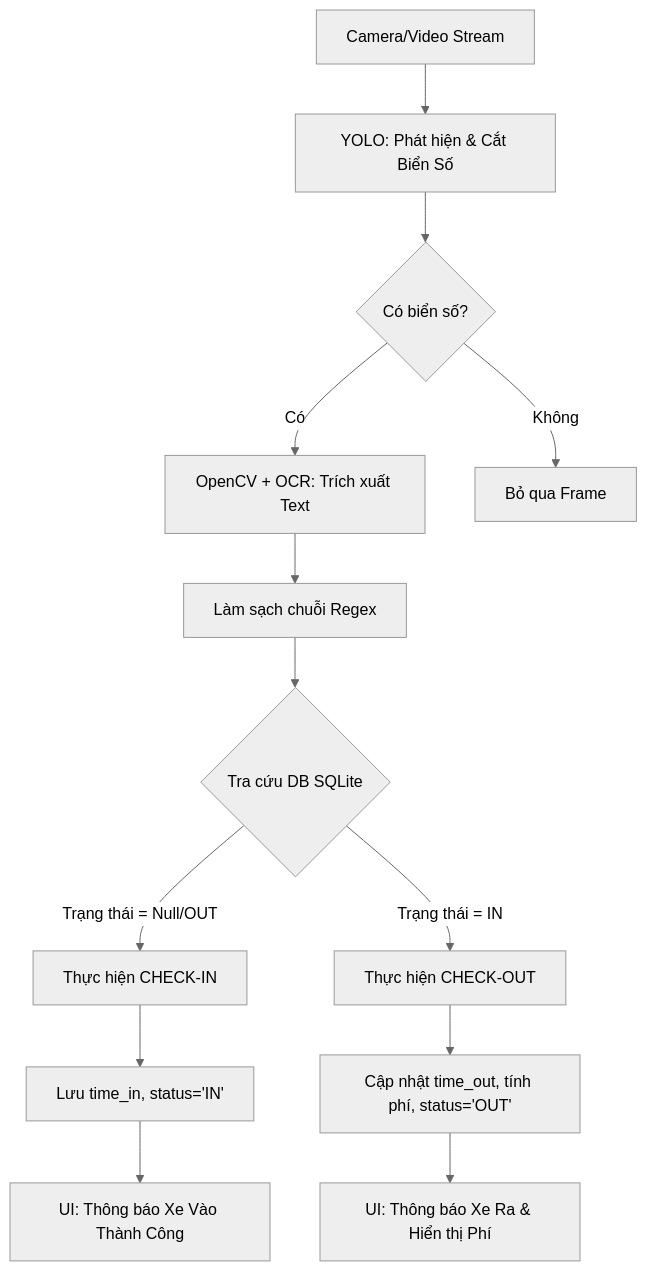
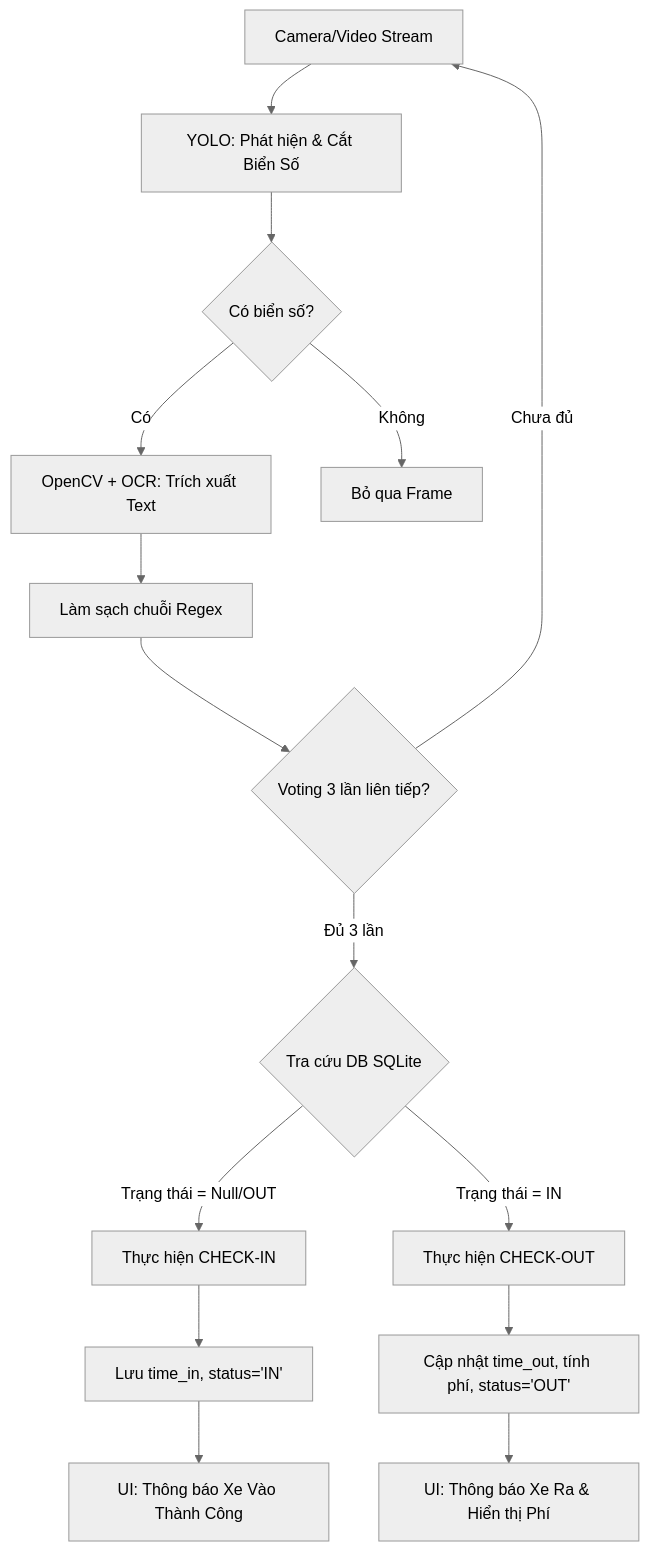
The diagram in LPR_Project_Roadmap.md (PhucTruong11/LPR_Project), drawn with Mermaid (neutral theme) before and after one commit. The commit also changed other lines of this file and 4 other files, not shown here.

Commit message:
Complement README.md, Git, Roadmap, Guide

````diff
--- a/LPR_Project_Roadmap.md
+++ b/LPR_Project_Roadmap.md
@@ -66,15 +68,17 @@
 ```mermaid
 graph TD;
     A[Camera/Video Stream] --> B[YOLO: Phát hiện & Cắt Biển Số];
     B --> C{Có biển số?};
     C -- Có --> D[OpenCV + OCR: Trích xuất Text];
     C -- Không --> E[Bỏ qua Frame];
     D --> F[Làm sạch chuỗi Regex];
-    F --> G{Tra cứu DB SQLite};
+    F --> V{Voting 3 lần liên tiếp?};
+    V -- Chưa đủ --> A;
+    V -- Đủ 3 lần --> G{Tra cứu DB SQLite};
     G -- Trạng thái = Null/OUT --> H[Thực hiện CHECK-IN];
     H --> H1[Lưu time_in, status='IN'];
     G -- Trạng thái = IN --> I[Thực hiện CHECK-OUT];
     I --> I1[Cập nhật time_out, tính phí, status='OUT'];
     H1 --> J[UI: Thông báo Xe Vào Thành Công];
     I1 --> K[UI: Thông báo Xe Ra & Hiển thị Phí];
 ```
````
